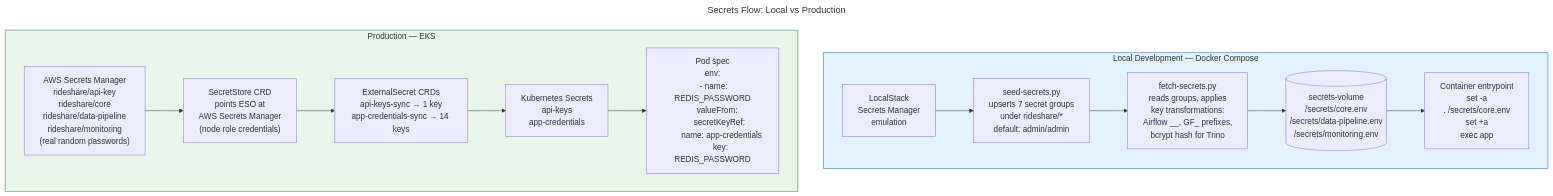
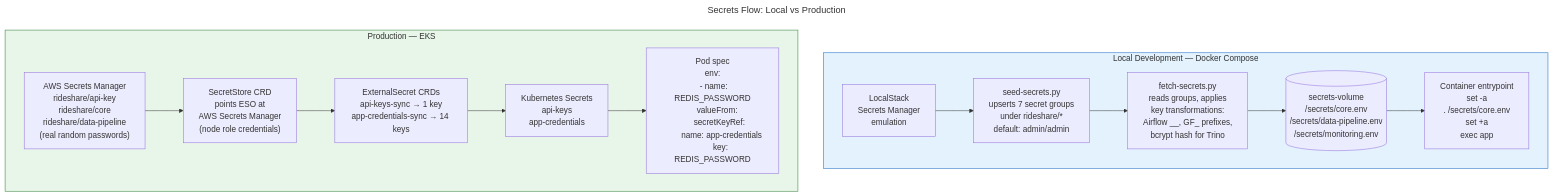
One commit to andresbrocco/rideshare-simulation-platform changed the diagram in docs/diagrams/secrets-flow-local-vs-production/mermaid-definition.md. Above: the diagram before and after it, drawn with Mermaid. The commit also changed 20 other files, not shown here.

First line of the commit message:
refactor(infra): merge rideshare/monitoring secret into rideshare/core

````diff
--- a/docs/diagrams/secrets-flow-local-vs-production/mermaid-definition.md
+++ b/docs/diagrams/secrets-flow-local-vs-production/mermaid-definition.md
@@ -5,30 +5,30 @@
 ```mermaid
 ---
 title: "Secrets Flow: Local vs Production"
 ---
 flowchart TB
     subgraph LOCAL["Local Development — Docker Compose"]
         direction LR
         LS2["LocalStack<br/>Secrets Manager<br/>emulation"]
         SEED["seed-secrets.py<br/>upserts 7 secret groups<br/>under rideshare/*<br/>default: admin/admin"]
         FETCH["fetch-secrets.py<br/>reads groups, applies<br/>key transformations:<br/>Airflow __, GF_ prefixes,<br/>bcrypt hash for Trino"]
         VOL[("secrets-volume<br/>/secrets/core.env<br/>/secrets/data-pipeline.env<br/>/secrets/monitoring.env")]
         ENT["Container entrypoint<br/>set -a<br/>. /secrets/core.env<br/>set +a<br/>exec app"]
 
         LS2 --> SEED --> FETCH --> VOL --> ENT
     end
 
     subgraph PROD["Production — EKS"]
         direction LR
-        SM["AWS Secrets Manager<br/>rideshare/api-key<br/>rideshare/core<br/>rideshare/data-pipeline<br/>rideshare/monitoring<br/>(real random passwords)"]
+        SM["AWS Secrets Manager<br/>rideshare/api-key<br/>rideshare/core<br/>rideshare/data-pipeline<br/>(real random passwords)"]
         SS["SecretStore CRD<br/>points ESO at<br/>AWS Secrets Manager<br/>(node role credentials)"]
         ES["ExternalSecret CRDs<br/>api-keys-sync → 1 key<br/>app-credentials-sync → 14 keys"]
         KS["Kubernetes Secrets<br/>api-keys<br/>app-credentials"]
         POD["Pod spec<br/>env:<br/>  - name: REDIS_PASSWORD<br/>    valueFrom:<br/>      secretKeyRef:<br/>        name: app-credentials<br/>        key: REDIS_PASSWORD"]
 
         SM --> SS --> ES --> KS --> POD
     end
 
     style LOCAL fill:#e3f2fd,stroke:#1565c0
     style PROD fill:#e8f5e9,stroke:#2e7d32
 ```
````
